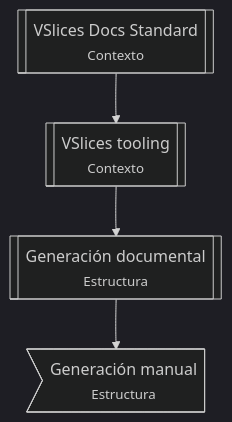
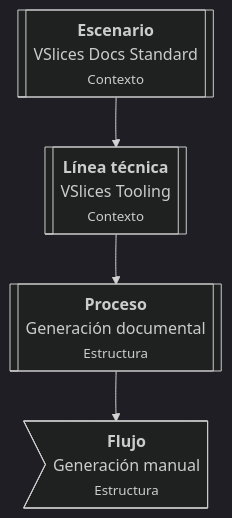
Before and after one commit to vslices/tooling: the third of 3 diagrams in docs/iteration 1/continuity.iteration.md, drawn with Mermaid (dark theme). The commit also changed other lines of this file and 1 other file, not shown here.

````diff
--- a/docs/iteration 1/continuity.iteration.md
+++ b/docs/iteration 1/continuity.iteration.md
@@ -104,16 +104,16 @@
 ```mermaid
 flowchart TD
-    E1[[VSlices Docs Standard<br/><small>Contexto</small>]]
-    L1[[VSlices tooling<br/><small>Contexto</small>]]
-    P1[[Generación documental<br/><small>Estructura</small>]]
-    F1>Generación manual<br/><small>Estructura</small>]
+    E1[[<b>Escenario</b><br/>VSlices Docs Standard<br/><small>Contexto</small>]]
+    L1[[<b>Línea técnica</b><br/>VSlices Tooling<br/><small>Contexto</small>]]
+    P1[[<b>Proceso</b><br/>Generación documental<br/><small>Estructura</small>]]
+    F1><b>Flujo</b><br/>Generación manual<br/><small>Estructura</small>]
     
     E1 --> L1
     L1 --> P1
     P1 --> F1 
 
     click E1 "Ir a introducción de VSlices Docs Standard" "https://"
     click L1 "Ir a Contexto de VSlices Tooling" "../context.vslices-tooling.md"
     click P1 "Ir a Estructura del Proceso de Generación documental" "understanding/process.structure.document-generation.md"
 
 ```
````
